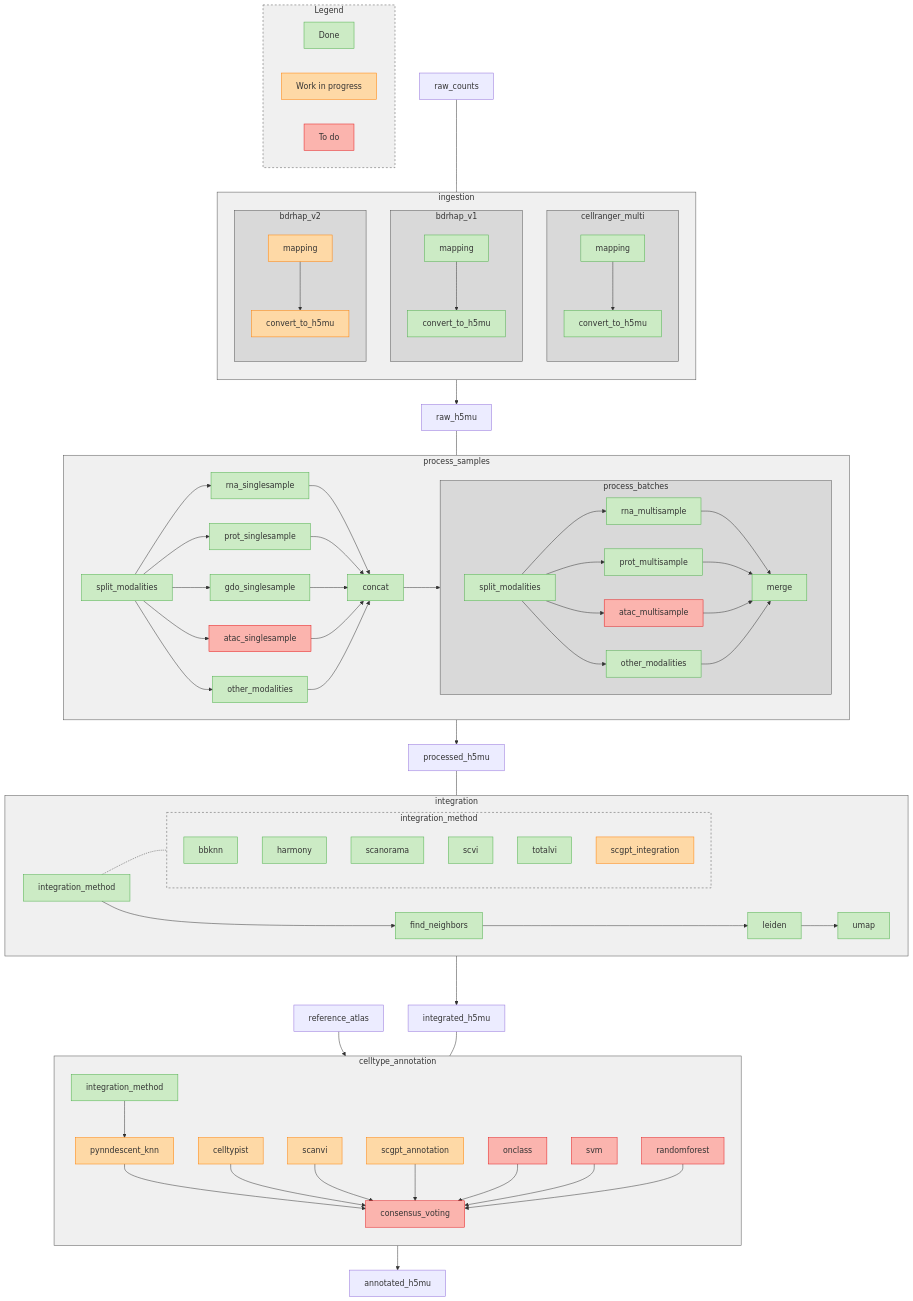
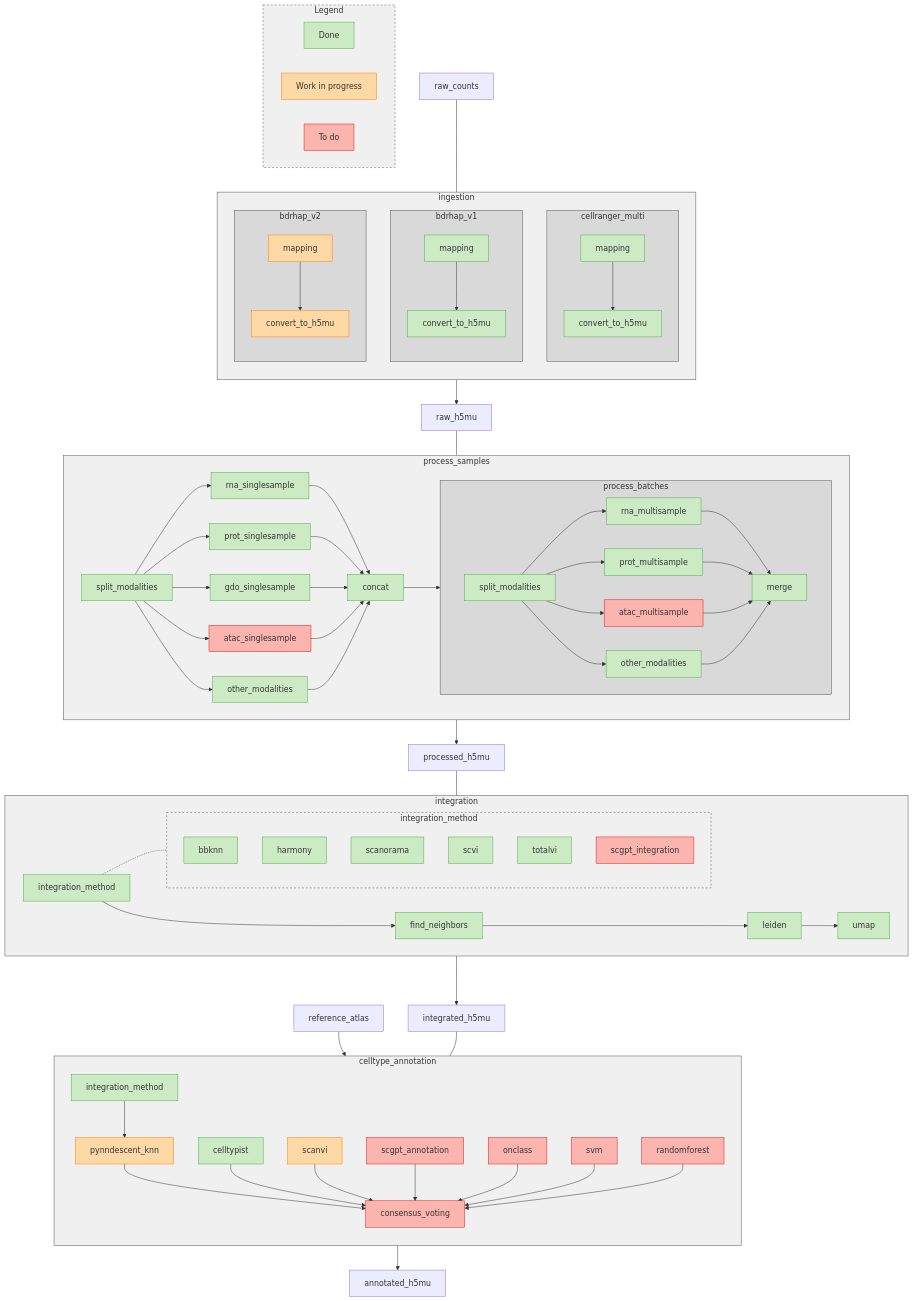
The second of 2 diagrams in fundamentals/roadmap.qmd (openpipelines-bio/website), drawn with Mermaid before and after one commit. The commit also changed 16 other files, not shown here.

```diff
--- a/fundamentals/roadmap.qmd
+++ b/fundamentals/roadmap.qmd
@@ -97,7 +97,7 @@
       scanorama:::done
       scvi:::done
       totalvi:::done
-      scgpt_integration:::wip
+      scgpt_integration:::todo
     end
     intmeth:::info
   end
@@ -106,9 +106,9 @@
   subgraph celltype_annotation
     direction TB
     integration_method2[integration_method]:::done
-    celltypist:::wip
+    celltypist:::done
     scanvi:::wip
-    scgpt_annotation:::wip
+    scgpt_annotation:::todo
     onclass:::todo
     svm:::todo
     randomforest:::todo
```
